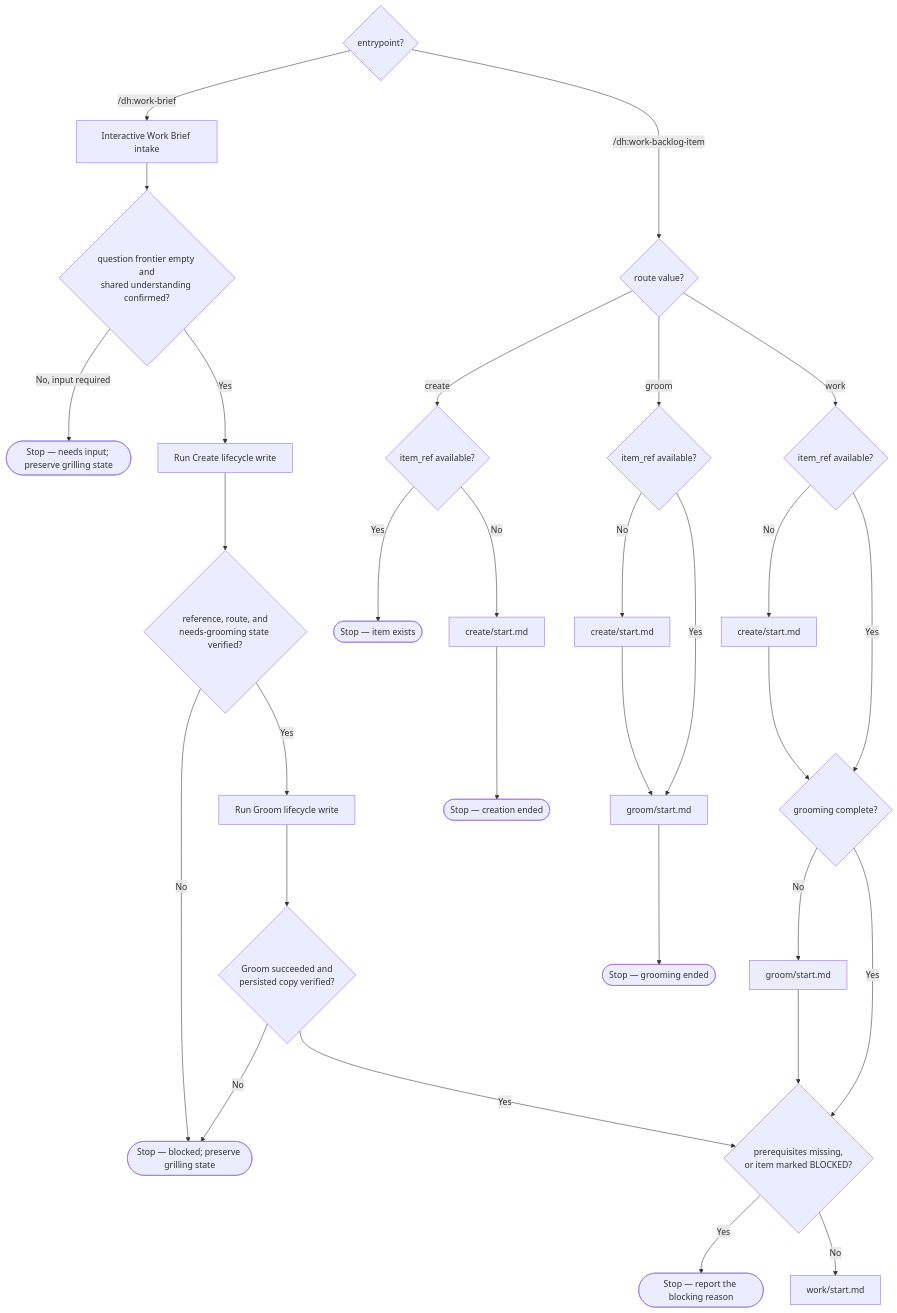
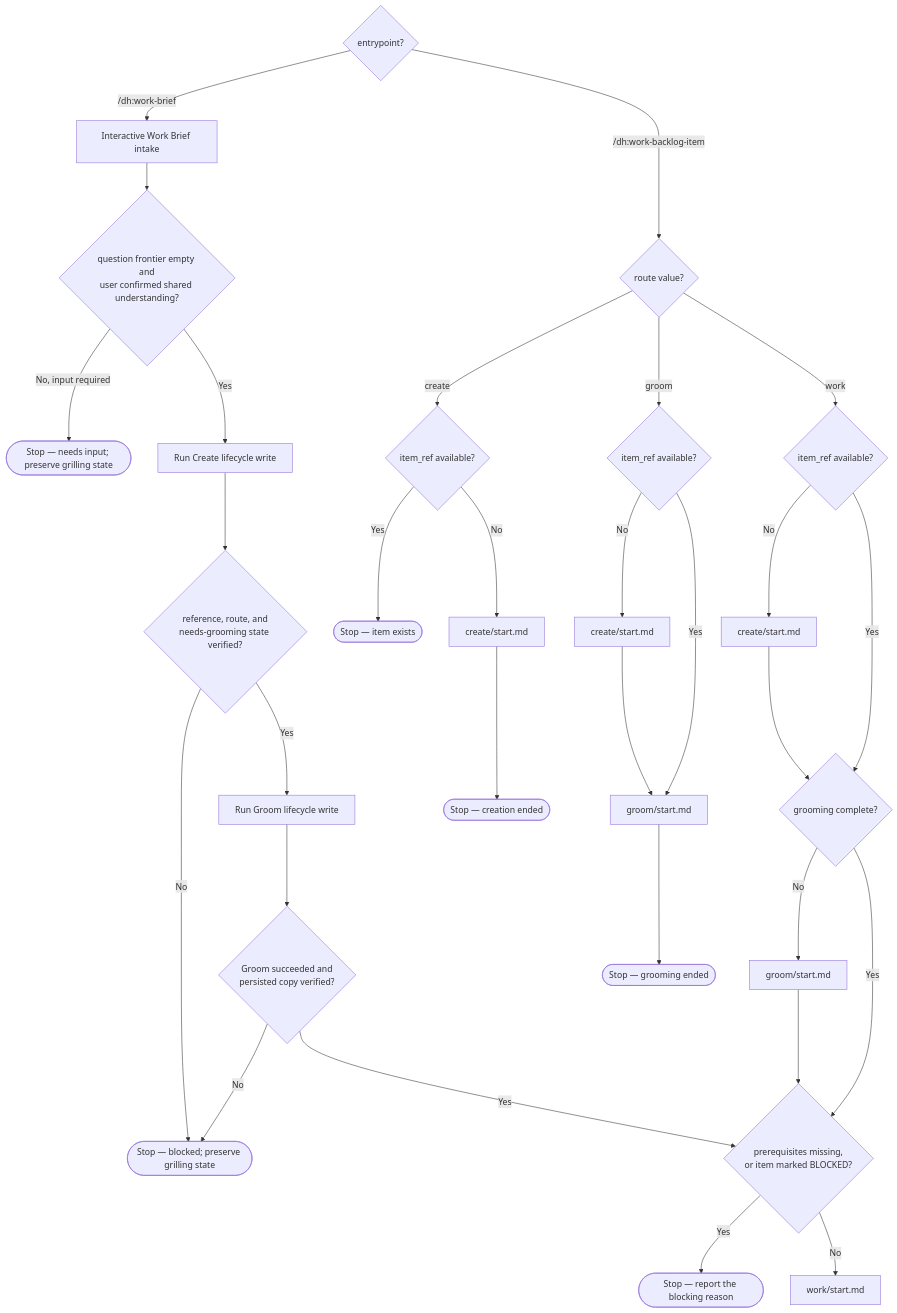
Before and after one commit to Jamie-BitFlight/claude_skills: the second of 2 diagrams in plugins/development-harness/docs/backlog-lifecycle.md, drawn with Mermaid. The commit also changed other lines of this file and 5 other files, not shown here.

````diff
--- a/plugins/development-harness/docs/backlog-lifecycle.md
+++ b/plugins/development-harness/docs/backlog-lifecycle.md
@@ -140,37 +140,37 @@
 ```mermaid
 flowchart TD
     Entry{"entrypoint?"}
     Entry -->|/dh:work-brief| BriefIntake["Interactive Work Brief intake"]
-    BriefIntake --> BriefReady{"question frontier empty and<br>shared understanding confirmed?"}
+    BriefIntake --> BriefReady{"question frontier empty and<br>user confirmed shared understanding?"}
     BriefReady -->|No, input required| BriefInput(["Stop — needs input; preserve grilling state"])
     BriefReady -->|Yes| BriefCreate["Run Create lifecycle write"]
     BriefCreate --> BriefCreated{"reference, route, and<br>needs-grooming state verified?"}
     BriefCreated -->|No| BriefBlocked(["Stop — blocked; preserve grilling state"])
     BriefCreated -->|Yes| BriefGroom["Run Groom lifecycle write"]
     BriefGroom --> BriefPersisted{"Groom succeeded and<br>persisted copy verified?"}
     BriefPersisted -->|No| BriefBlocked
     BriefPersisted -->|Yes| WorkGate
     Entry -->|/dh:work-backlog-item| Route
 
     Route{"route value?"}
     Route -->|create| CreateRef{"item_ref available?"}
     CreateRef -->|Yes| CreateSkip(["Stop — item exists"])
     CreateRef -->|No| Create["create/start.md"]
     Create --> CreateEnd(["Stop — creation ended"])
 
     Route -->|groom| GroomRef{"item_ref available?"}
     GroomRef -->|No| GroomCreate["create/start.md"]
     GroomCreate --> Groom
     GroomRef -->|Yes| Groom["groom/start.md"]
     Groom --> GroomEnd(["Stop — grooming ended"])
 
     Route -->|work| WorkRef{"item_ref available?"}
     WorkRef -->|No| WorkCreate["create/start.md"]
     WorkCreate --> WorkGroomed
     WorkRef -->|Yes| WorkGroomed{"grooming complete?"}
     WorkGroomed -->|No| WorkGroom["groom/start.md"]
     WorkGroom --> WorkGate
     WorkGroomed -->|Yes| WorkGate{"prerequisites missing,<br>or item marked BLOCKED?"}
     WorkGate -->|Yes| WorkStop(["Stop — report the blocking reason"])
     WorkGate -->|No| Work["work/start.md"]
 ```
````
